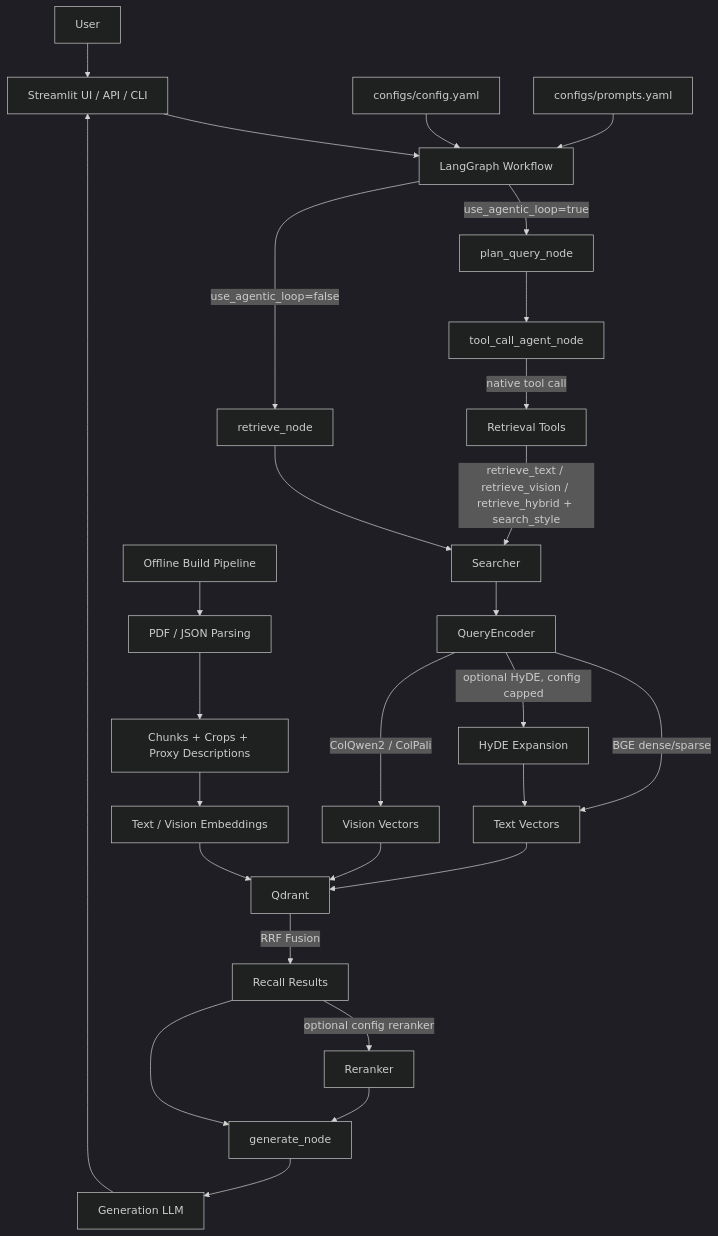
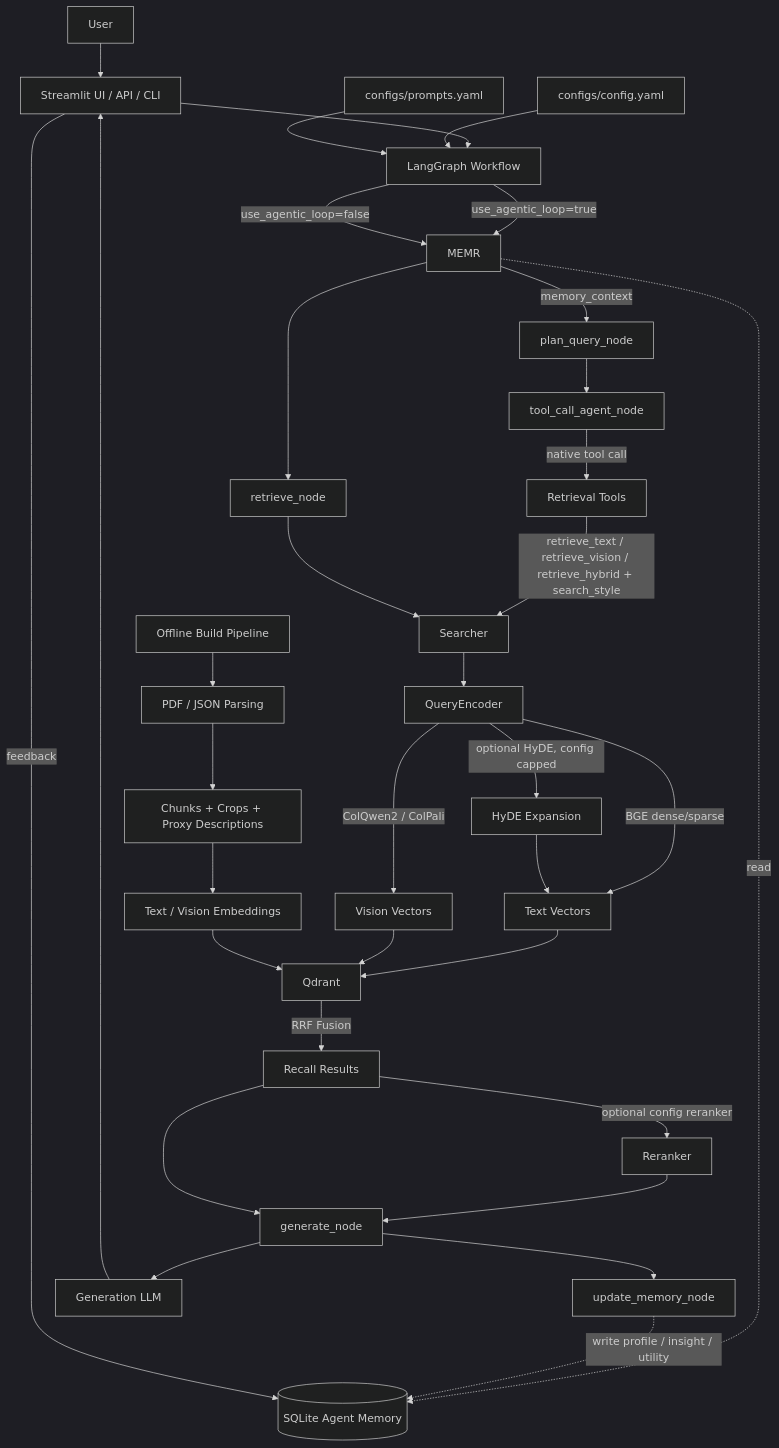
Before and after one commit to lycus-Liang/Agentic-RAG: the diagram in docs/architecture.md, drawn with Mermaid (dark theme). The commit also changed other lines of this file and 15 other files, not shown here.

````diff
--- a/docs/architecture.md
+++ b/docs/architecture.md
@@ -7,38 +7,48 @@
 ```mermaid
 flowchart TD
     U[User] --> UI[Streamlit UI / API / CLI]
     UI --> WF[LangGraph Workflow]
 
     CFG[configs/config.yaml] --> WF
     PROMPTS[configs/prompts.yaml] --> WF
 
-    WF -->|use_agentic_loop=true| PLAN[plan_query_node]
+    MEMSTORE[(SQLite Agent Memory)]
+    MEMR -->|memory_context| PLAN[plan_query_node]
+    MEMR -. read .-> MEMSTORE
+
+    WF -->|use_agentic_loop=true| MEMR
     PLAN --> TC[tool_call_agent_node]
     TC -->|native tool call| RT[Retrieval Tools]
     RT -->|retrieve_text / retrieve_vision / retrieve_hybrid + search_style| SEARCH[Searcher]
 
     SEARCH --> ENC[QueryEncoder]
     ENC -->|BGE dense/sparse| VEC1[Text Vectors]
     ENC -->|optional HyDE, config capped| HYDE[HyDE Expansion]
     ENC -->|ColQwen2 / ColPali| VEC2[Vision Vectors]
 
     VEC1 --> QD[Qdrant]
     VEC2 --> QD
     HYDE --> VEC1
 
     QD -->|RRF Fusion| FUSION[Recall Results]
     FUSION -->|optional config reranker| RERANK[Reranker]
     RERANK --> GEN[generate_node]
     FUSION --> GEN
 
+    GEN --> MEMW[update_memory_node]
+    MEMW -. write profile / insight / utility .-> MEMSTORE
+
     GEN --> LLM[Generation LLM]
     LLM --> UI
 
-    WF -->|use_agentic_loop=false| RET[retrieve_node]
+    WF -->|use_agentic_loop=false| MEMR
+    MEMR --> RET[retrieve_node]
     RET --> SEARCH
 
     INGEST[Offline Build Pipeline] --> PARSE[PDF / JSON Parsing]
     PARSE --> CHUNK[Chunks + Crops + Proxy Descriptions]
     CHUNK --> EMBED[Text / Vision Embeddings]
     EMBED --> QD
+
+    UI -->|feedback| MEMSTORE
 ```
````
